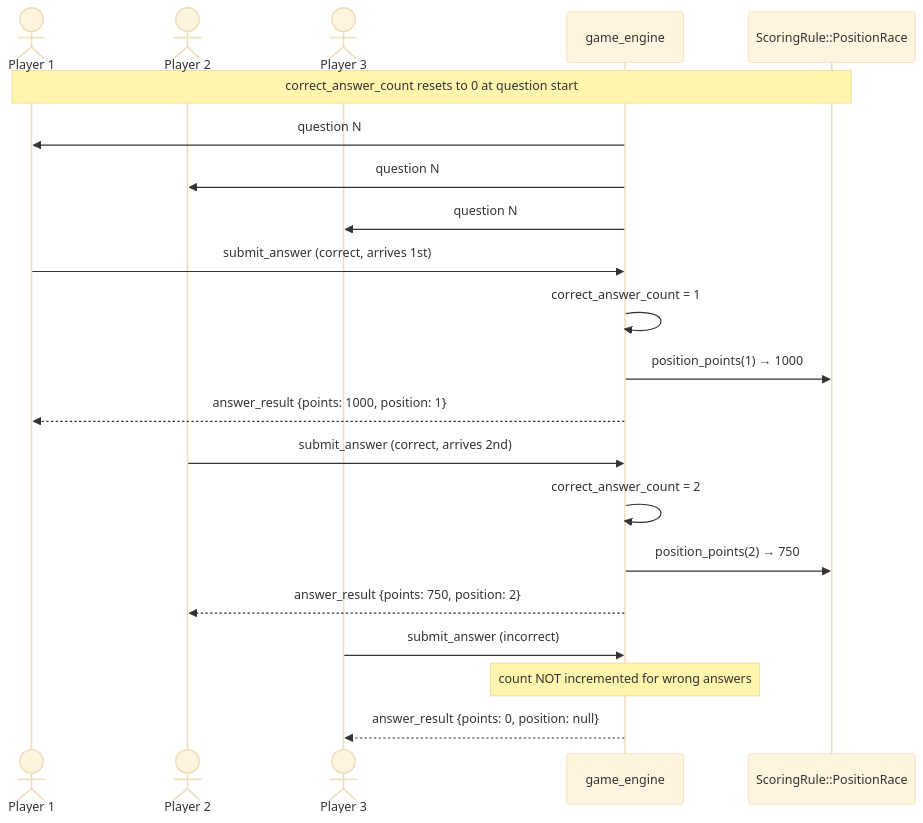
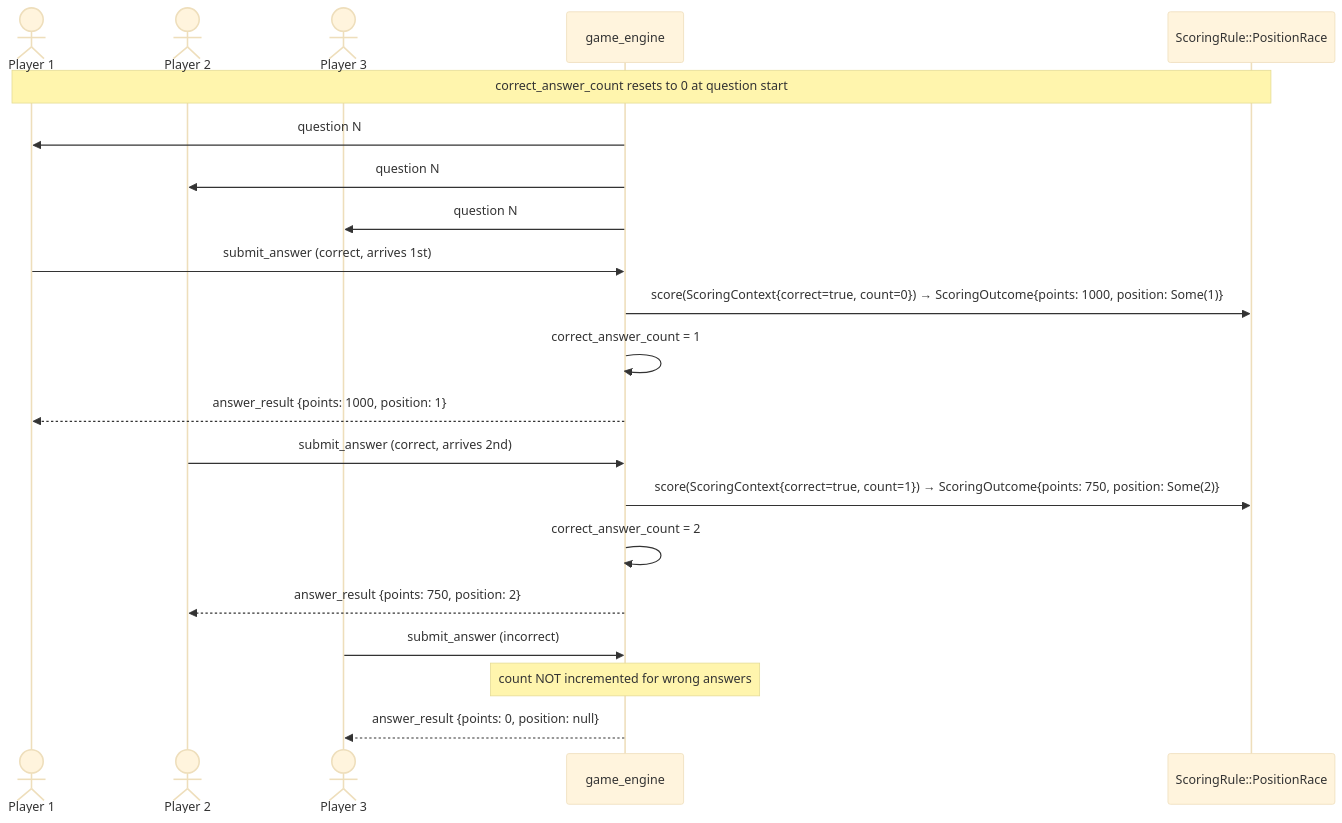
One commit to campeis/quiz-game changed the diagram in docs/diagrams/flow-position-race.mmd. Above: the diagram before and after it, drawn with Mermaid (base theme). The commit also changed 8 other files, not shown here.

First line of the commit message:
docs: update architecture and diagrams for scoring refactor

```diff
--- a/docs/diagrams/flow-position-race.mmd
+++ b/docs/diagrams/flow-position-race.mmd
@@ -1,26 +1,26 @@
 sequenceDiagram
     actor P1 as Player 1
     actor P2 as Player 2
     actor P3 as Player 3
     participant GE as game_engine
     participant SR as ScoringRule::PositionRace
 
     Note over P1,SR: correct_answer_count resets to 0 at question start
 
     GE->>P1: question N
     GE->>P2: question N
     GE->>P3: question N
 
     P1->>GE: submit_answer (correct, arrives 1st)
+    GE->>SR: score(ScoringContext{correct=true, count=0}) → ScoringOutcome{points: 1000, position: Some(1)}
     GE->>GE: correct_answer_count = 1
-    GE->>SR: position_points(1) → 1000
     GE-->>P1: answer_result {points: 1000, position: 1}
 
     P2->>GE: submit_answer (correct, arrives 2nd)
+    GE->>SR: score(ScoringContext{correct=true, count=1}) → ScoringOutcome{points: 750, position: Some(2)}
     GE->>GE: correct_answer_count = 2
-    GE->>SR: position_points(2) → 750
     GE-->>P2: answer_result {points: 750, position: 2}
 
     P3->>GE: submit_answer (incorrect)
     Note over GE: count NOT incremented for wrong answers
     GE-->>P3: answer_result {points: 0, position: null}
```
